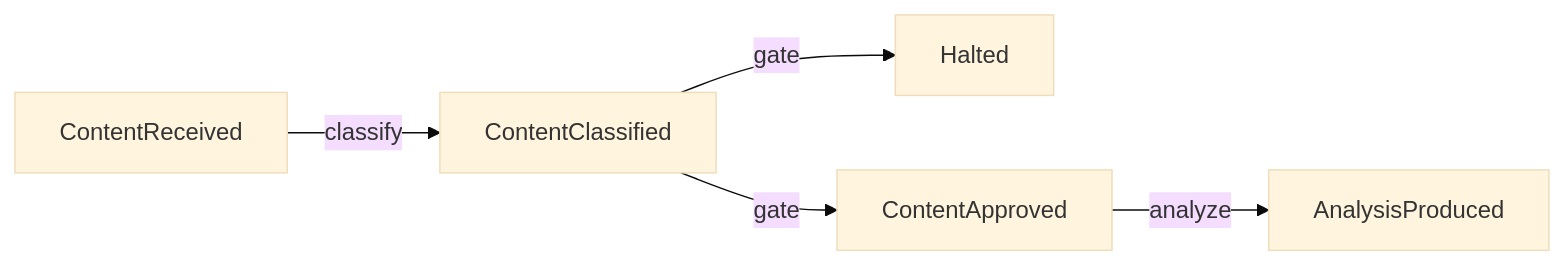
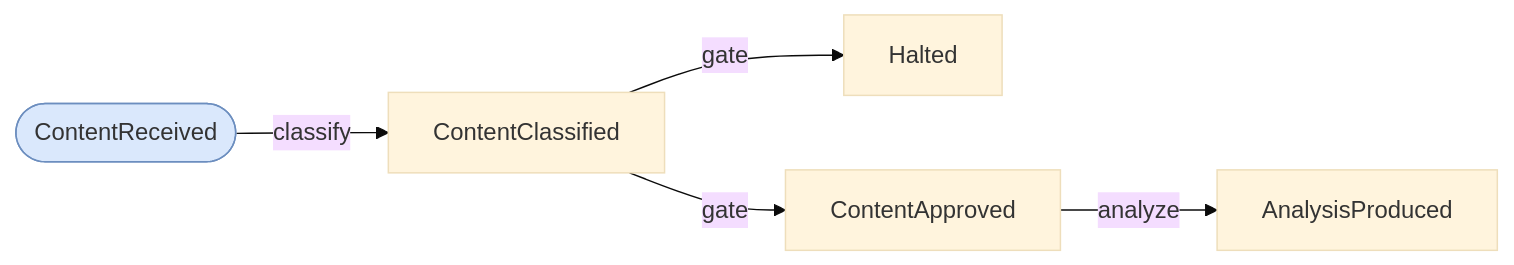
Before and after one commit to cadance-io/langgraph-events: the diagram in examples/content_pipeline.graph.md, drawn with Mermaid (base theme). The commit also changed 10 other files, not shown here.

First line of the commit message:
Add seed event styling and typed Scatter[T] to mermaid diagrams

````diff
--- a/examples/content_pipeline.graph.md
+++ b/examples/content_pipeline.graph.md
@@ -4,7 +4,9 @@
 ```mermaid
 graph LR
+    classDef seed fill:#dae8fc,stroke:#6c8ebf
+    ContentReceived([ContentReceived]):::seed
     ContentReceived -->|classify| ContentClassified
     ContentClassified -->|gate| Halted
     ContentClassified -->|gate| ContentApproved
     ContentApproved -->|analyze| AnalysisProduced
 ```
````
